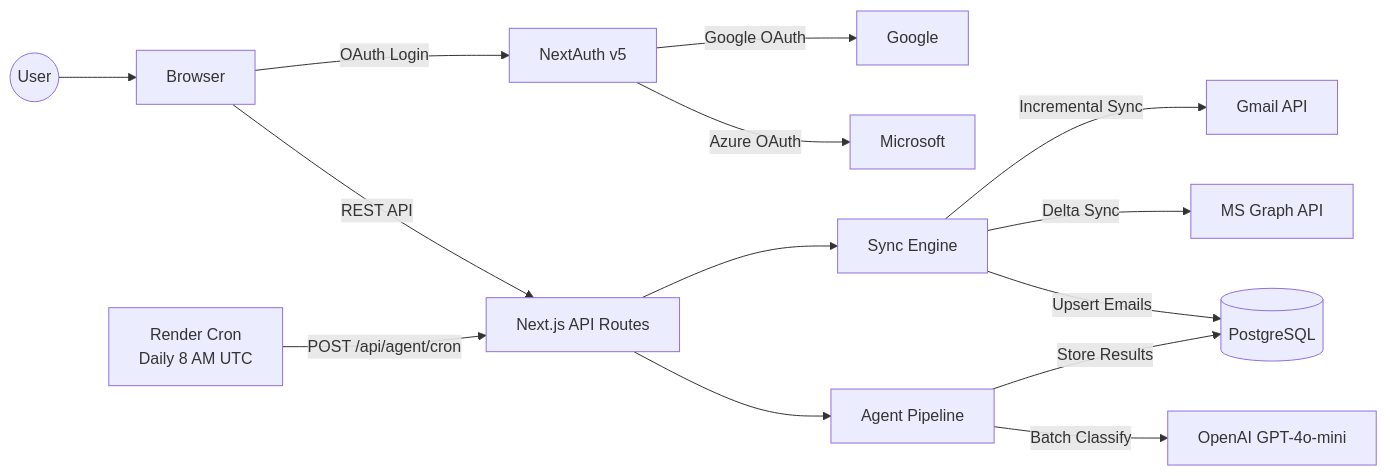
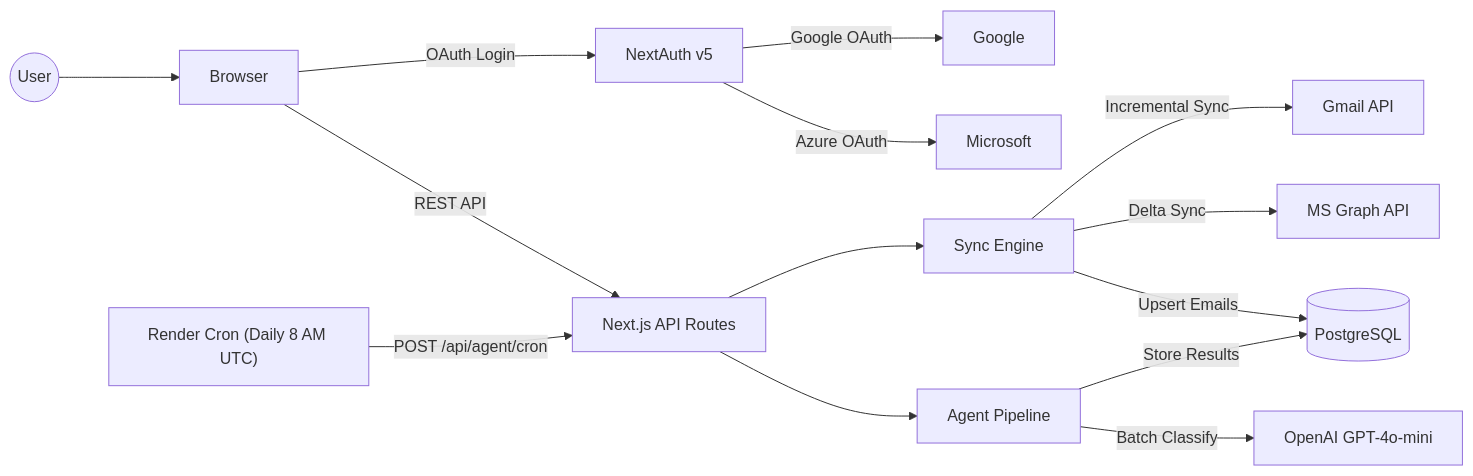
Before and after one commit to viditkbhatnagar/Email-Agent: the second of 9 diagrams in README.md, drawn with Mermaid. The commit also changed other lines of this file, not shown here.

First line of the commit message:
Fix Mermaid diagrams: replace HTML br tags with GitHub-compatible syntax

````diff
--- a/README.md
+++ b/README.md
@@ -105,22 +105,22 @@
 ```mermaid
 flowchart LR
     USER((User)) --> BROWSER[Browser]
 
     BROWSER -->|OAuth Login| NEXTAUTH[NextAuth v5]
     NEXTAUTH -->|Google OAuth| GOOGLE[Google]
     NEXTAUTH -->|Azure OAuth| MICROSOFT[Microsoft]
 
     BROWSER -->|REST API| SERVER[Next.js API Routes]
 
     SERVER --> SYNC_ENGINE[Sync Engine]
     SERVER --> AGENT[Agent Pipeline]
 
     SYNC_ENGINE -->|Incremental Sync| GMAIL_API[Gmail API]
     SYNC_ENGINE -->|Delta Sync| GRAPH_API[MS Graph API]
     SYNC_ENGINE -->|Upsert Emails| DB[(PostgreSQL)]
 
     AGENT -->|Batch Classify| OPENAI_API[OpenAI GPT-4o-mini]
     AGENT -->|Store Results| DB
 
-    RENDER_CRON[Render Cron<br/>Daily 8 AM UTC] -->|POST /api/agent/cron| SERVER
+    RENDER_CRON["Render Cron (Daily 8 AM UTC)"] -->|POST /api/agent/cron| SERVER
 ```
````
